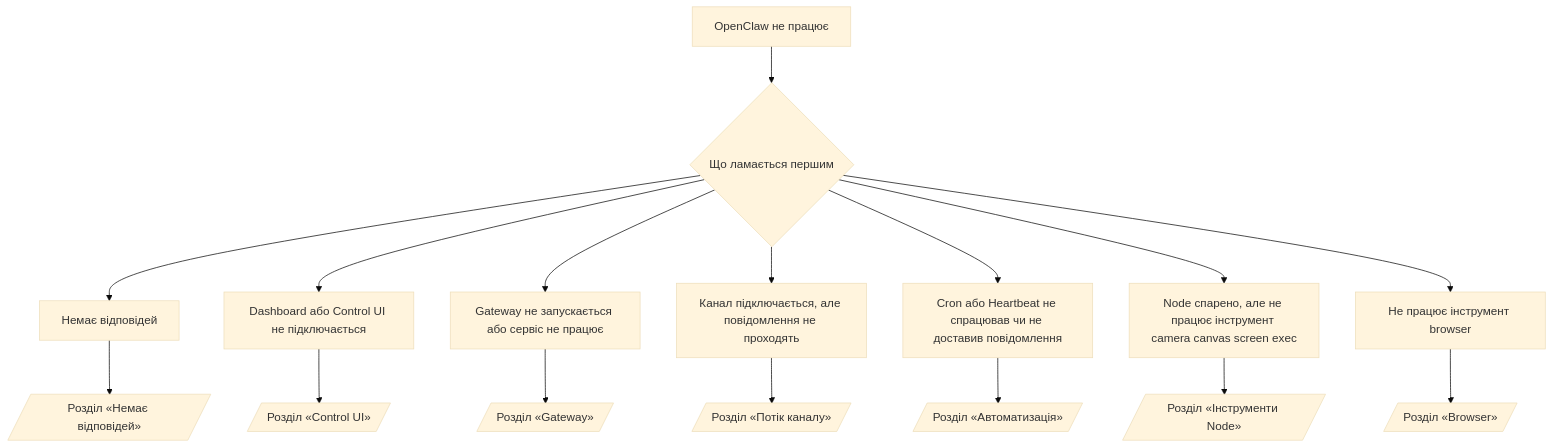
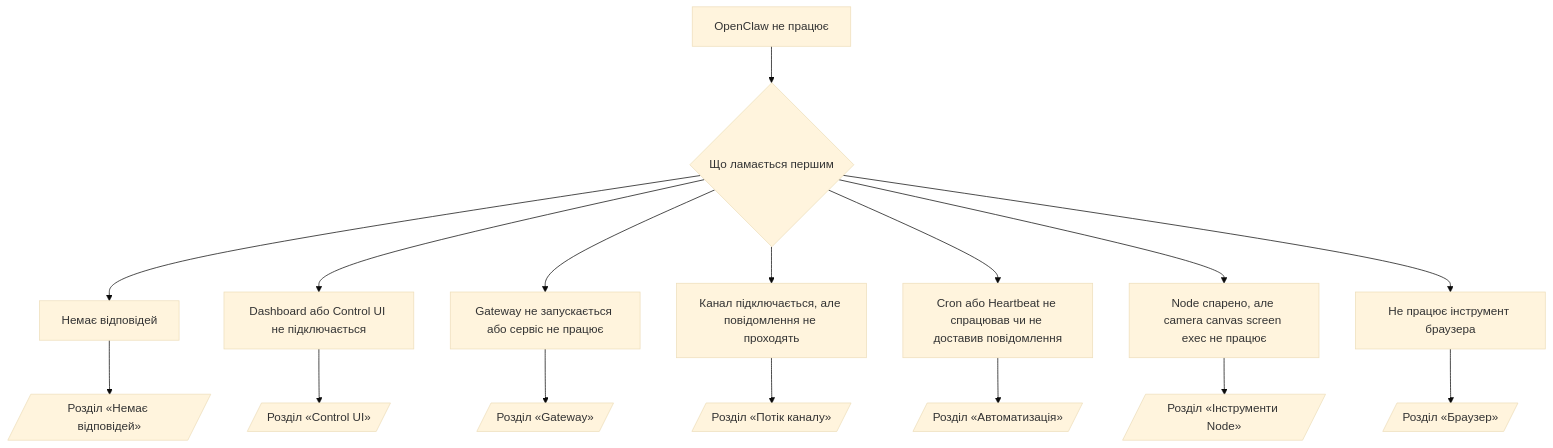
The diagram in docs/uk/help/troubleshooting.md (daichangya/openclaw-docs), drawn with Mermaid (base theme) before and after one commit. The commit also changed other lines of this file and 6 other files, not shown here.

````diff
--- a/docs/uk/help/troubleshooting.md
+++ b/docs/uk/help/troubleshooting.md
@@ -92,19 +85,19 @@
 ```mermaid
 flowchart TD
   A[OpenClaw не працює] --> B{Що ламається першим}
   B --> C[Немає відповідей]
   B --> D[Dashboard або Control UI не підключається]
   B --> E[Gateway не запускається або сервіс не працює]
   B --> F[Канал підключається, але повідомлення не проходять]
   B --> G[Cron або Heartbeat не спрацював чи не доставив повідомлення]
-  B --> H[Node спарено, але не працює інструмент camera canvas screen exec]
-  B --> I[Не працює інструмент browser]
+  B --> H[Node спарено, але camera canvas screen exec не працює]
+  B --> I[Не працює інструмент браузера]
 
   C --> C1[/Розділ «Немає відповідей»/]
   D --> D1[/Розділ «Control UI»/]
   E --> E1[/Розділ «Gateway»/]
   F --> F1[/Розділ «Потік каналу»/]
   G --> G1[/Розділ «Автоматизація»/]
   H --> H1[/Розділ «Інструменти Node»/]
-  I --> I1[/Розділ «Browser»/]
+  I --> I1[/Розділ «Браузер»/]
 ```
````
